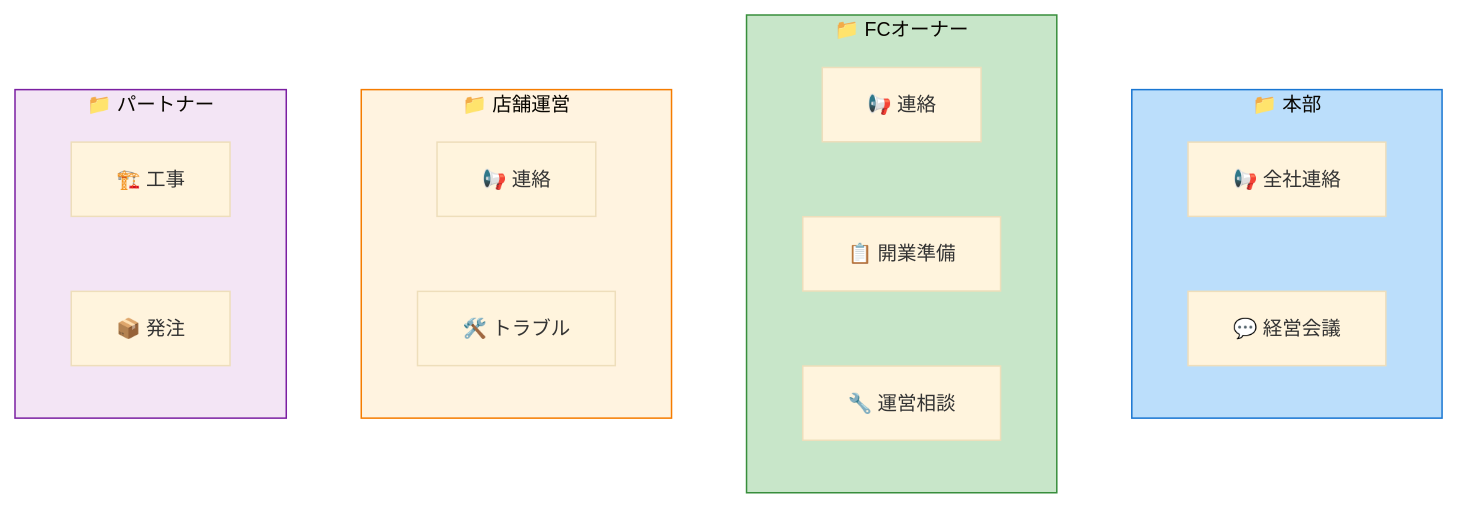
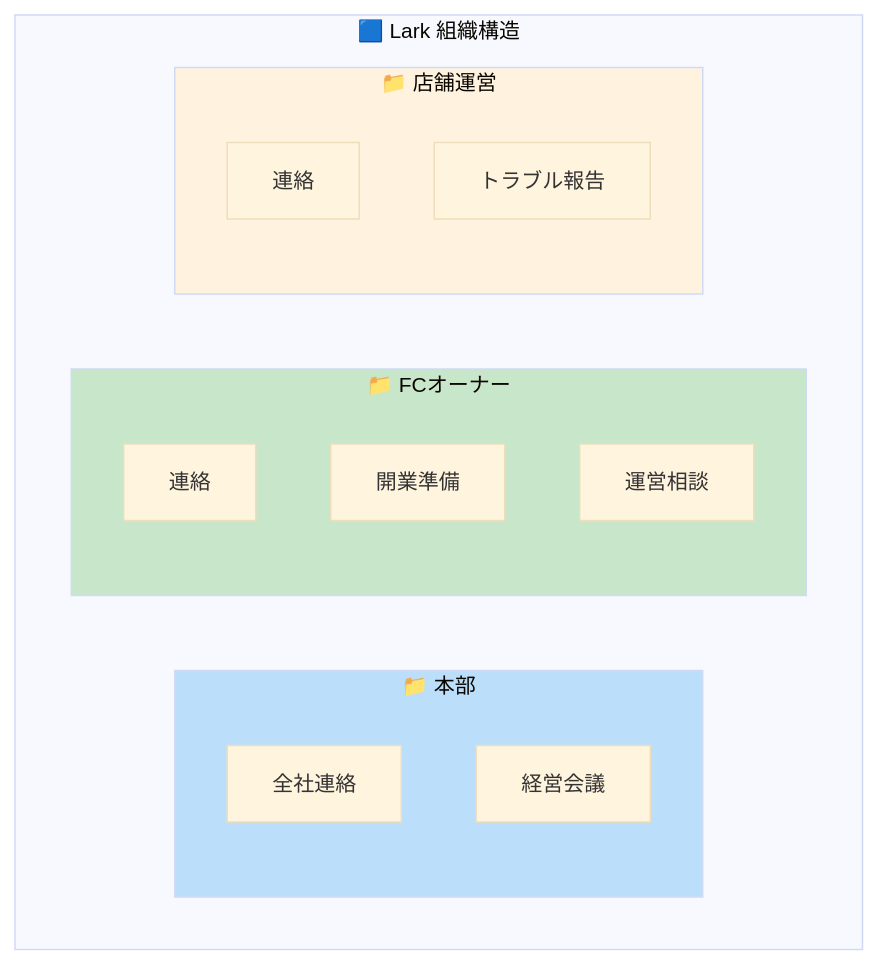
Before and after one commit to PLark-droid/lark-proposal: the sixth of 15 diagrams in docs/FITPLACE_LARK_PROPOSAL.md, drawn with Mermaid. The commit also changed other lines of this file, not shown here.

First line of the commit message:
docs: redesign Mermaid diagrams for A4 portrait layout

````diff
--- a/docs/FITPLACE_LARK_PROPOSAL.md
+++ b/docs/FITPLACE_LARK_PROPOSAL.md
@@ -201,29 +228,25 @@
 ```mermaid
-%%{init: {'theme': 'base', 'themeVariables': { 'fontSize': '13px'}}}%%
+%%{init: {'theme': 'base', 'themeVariables': {'fontSize': '14px'}}}%%
 flowchart TB
-    subgraph HQ["📁 本部"]
-        H1["📢 全社連絡"]
-        H2["💬 経営会議"]
+    subgraph org["🟦 Lark 組織構造"]
+        subgraph hq["📁 本部"]
+            H1["全社連絡"]
+            H2["経営会議"]
+        end
+
+        subgraph fc["📁 FCオーナー"]
+            F1["連絡"]
+            F2["開業準備"]
+            F3["運営相談"]
+        end
+
+        subgraph store["📁 店舗運営"]
+            S1["連絡"]
+            S2["トラブル報告"]
+        end
     end
 
-    subgraph FC["📁 FCオーナー"]
-        F1["📢 連絡"]
-        F2["📋 開業準備"]
-        F3["🔧 運営相談"]
-    end
-
-    subgraph ST["📁 店舗運営"]
-        S1["📢 連絡"]
-        S2["🛠️ トラブル"]
-    end
-
-    subgraph PT["📁 パートナー"]
-        P1["🏗️ 工事"]
-        P2["📦 発注"]
-    end
-
-    style HQ fill:#bbdefb,stroke:#1976d2
-    style FC fill:#c8e6c9,stroke:#388e3c
-    style ST fill:#fff3e0,stroke:#f57c00
-    style PT fill:#f3e5f5,stroke:#7b1fa2
+    style hq fill:#bbdefb
+    style fc fill:#c8e6c9
+    style store fill:#fff3e0
 ```
````
